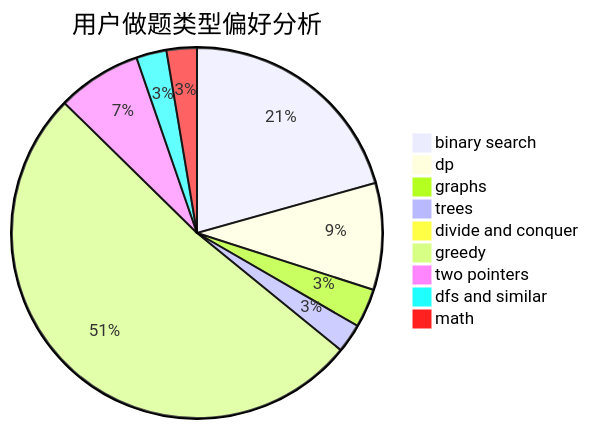
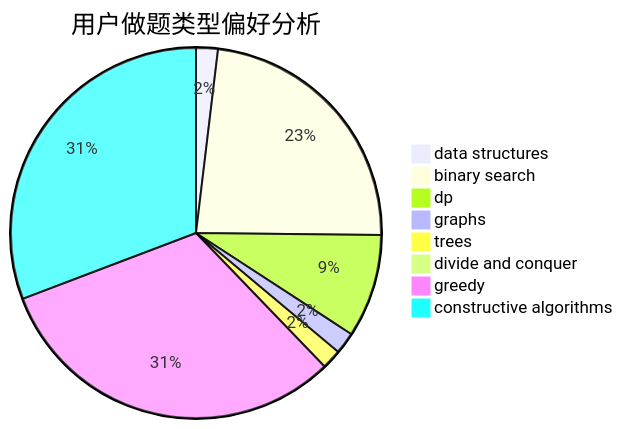
Before and after one commit to sherpahu/cfrs.github.io: the second of 3 diagrams in docs/user/u152.md, drawn with Mermaid. The commit also changed other lines of this file and 2775 other files, not shown here.

````diff
--- a/docs/user/u152.md
+++ b/docs/user/u152.md
@@ -23,12 +23,11 @@
 ```mermaid
 pie title 用户做题类型偏好分析
-    "binary search" :  359
-    "dp" :  162
-    "graphs" :  59
-    "trees" :  44
-    "divide and conquer" :  6
-    "greedy" :  895
-    "two pointers" :  128
-    "dfs and similar" :  46
-    "math" :  46
+    "data structures" :  20
+    "binary search" :  245
+    "dp" :  95
+    "graphs" :  20
+    "trees" :  18
+    "divide and conquer" :  1
+    "greedy" :  331
+    "constructive algorithms" :  324
 ```
````
